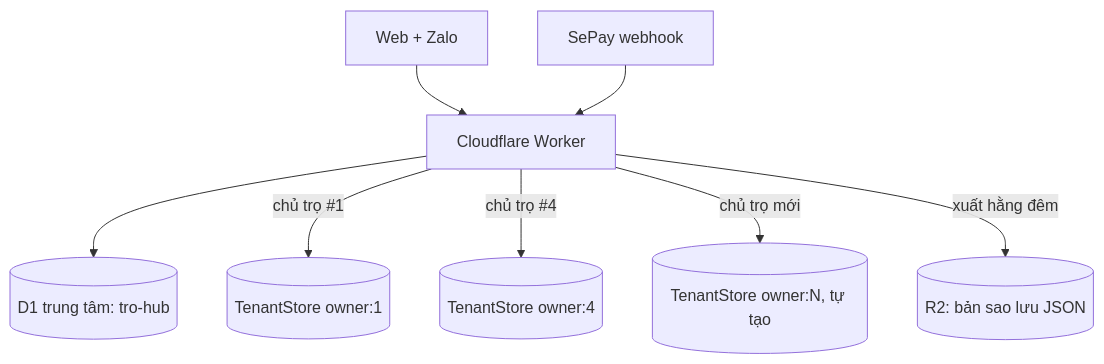
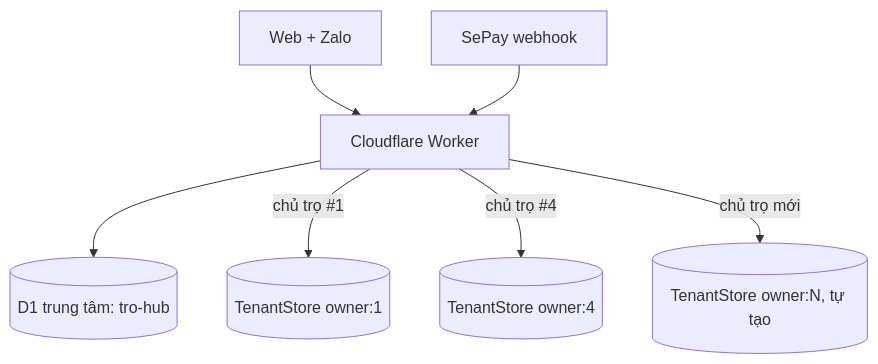
Before and after one commit to btkhai1508-del/tro-hub: the first of 4 diagrams in docs/superpowers/specs/2026-11-19-per-landlord-storage-design.md, drawn with Mermaid. The commit also changed other lines of this file, not shown here.

````diff
--- a/docs/superpowers/specs/2026-11-19-per-landlord-storage-design.md
+++ b/docs/superpowers/specs/2026-11-19-per-landlord-storage-design.md
@@ -66,10 +67,9 @@
 ```mermaid
 flowchart TB
   U[Web + Zalo] --> W[Cloudflare Worker]
   P[SePay webhook] --> W
   W --> C[(D1 trung tâm: tro-hub)]
   W -->|chủ trọ #1| T1[(TenantStore owner:1)]
   W -->|chủ trọ #4| T4[(TenantStore owner:4)]
   W -->|chủ trọ mới| TN[(TenantStore owner:N, tự tạo)]
-  W -->|xuất hằng đêm| R[(R2: bản sao lưu JSON)]
 ```
````
